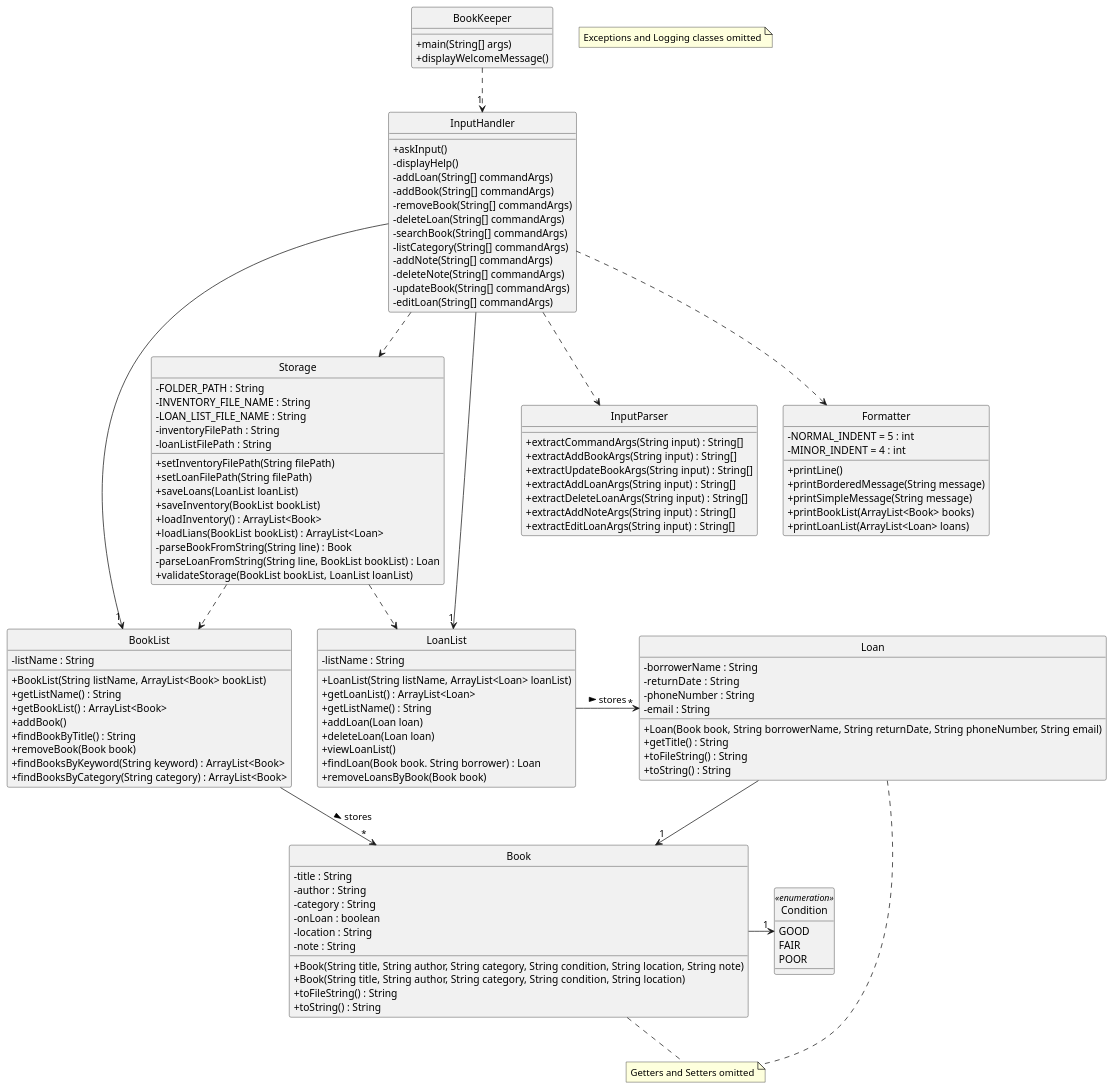
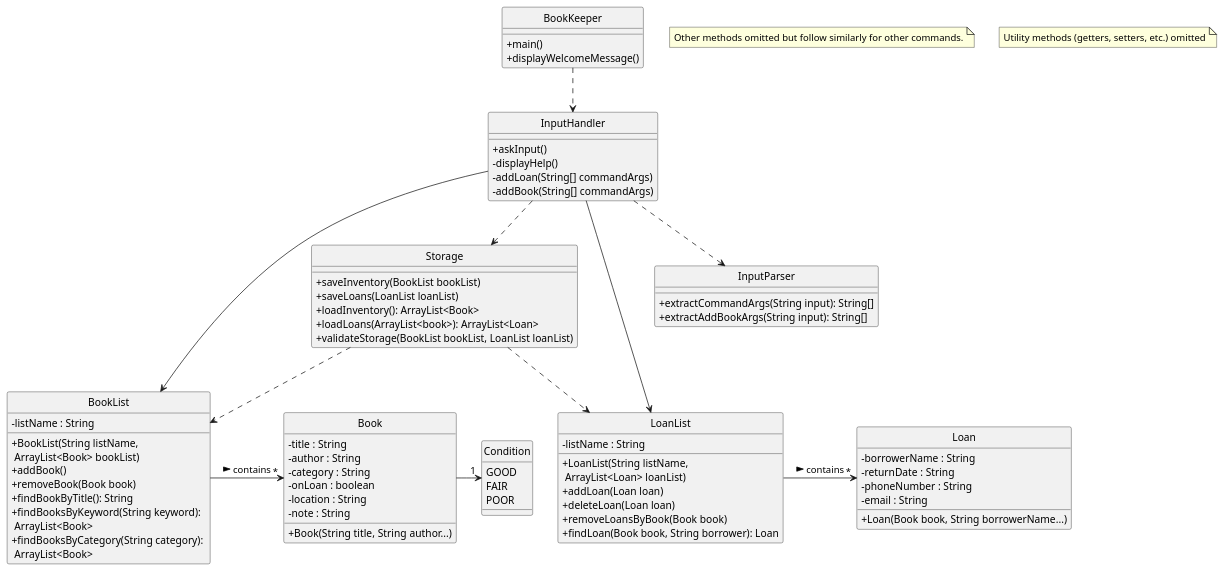
One commit to AY2425S2-CS2113-T12-2/tp changed the diagram in docs/diagrams/classDiagram.puml. Above: the diagram before and after it, drawn with PlantUML. The commit also changed 1 other file, not shown here.

Commit message:
fix feedback #138 the notes are weirdly positioned but I couldn't find a way to make it arranged nicer...

```diff
--- a/docs/diagrams/classDiagram.puml
+++ b/docs/diagrams/classDiagram.puml
@@ -1,126 +1,89 @@
 @startuml
 hide circle
 skinparam ClassAttributeIconSize 0
 show enum
 
 class BookList {
-    -listName : String
-    +BookList(String listName, ArrayList<Book> bookList)
-    +getListName() : String
-    +getBookList() : ArrayList<Book>
-    +addBook()
-    +findBookByTitle() : String
-    +removeBook(Book book)
-    +findBooksByKeyword(String keyword) : ArrayList<Book>
-    +findBooksByCategory(String category) : ArrayList<Book>
+    - listName : String
+    + BookList(String listName, \n ArrayList<Book> bookList)
+    + addBook()
+    + removeBook(Book book)
+    + findBookByTitle(): String
+    + findBooksByKeyword(String keyword): \n ArrayList<Book>
+    + findBooksByCategory(String category): \n ArrayList<Book>
 }
+
 class LoanList {
-    -listName : String
-    +LoanList(String listName, ArrayList<Loan> loanList)
-    +getLoanList() : ArrayList<Loan>
-    +getListName() : String
-    +addLoan(Loan loan)
-    +deleteLoan(Loan loan)
-    +viewLoanList()
-    +findLoan(Book book. String borrower) : Loan
-    +removeLoansByBook(Book book)
+    - listName : String
+    + LoanList(String listName, \n ArrayList<Loan> loanList)
+    + addLoan(Loan loan)
+    + deleteLoan(Loan loan)
+    + removeLoansByBook(Book book)
+    + findLoan(Book book, String borrower): Loan
+}
 
+class Book {
+    - title : String
+    - author : String
+    - category : String
+    - onLoan : boolean
+    - location : String
+    - note : String
+    + Book(String title, String author...)
 }
-class InputHandler {
-    +askInput() 
-    -displayHelp()
-    -addLoan(String[] commandArgs)
-    -addBook(String[] commandArgs)
-    -removeBook(String[] commandArgs)
-    -deleteLoan(String[] commandArgs)
-    -searchBook(String[] commandArgs)
-    -listCategory(String[] commandArgs)
-    -addNote(String[] commandArgs)
-    -deleteNote(String[] commandArgs)
-    -updateBook(String[] commandArgs)
-    -editLoan(String[] commandArgs)
+
+class Loan {
+    - borrowerName : String
+    - returnDate : String
+    - phoneNumber : String
+    - email : String
+    + Loan(Book book, String borrowerName...)
 }
-class InputParser {
-    +extractCommandArgs(String input) : String[]
-    +extractAddBookArgs(String input) : String[]
-    +extractUpdateBookArgs(String input) : String[]
-    +extractAddLoanArgs(String input) : String[]
-    +extractDeleteLoanArgs(String input) : String[]
-    +extractAddNoteArgs(String input) : String[]
-    +extractEditLoanArgs(String input) : String[]
-}
-class Book {
-    -title : String
-    -author : String
-    -category : String
-    -onLoan : boolean
-    -location : String
-    -note : String
-    +Book(String title, String author, String category, String condition, String location, String note)
-    +Book(String title, String author, String category, String condition, String location) 
-    +toFileString() : String
-    +toString() : String
-}
-class Loan {
-    -borrowerName : String
-    -returnDate :  String
-    -phoneNumber : String
-    -email : String
-    +Loan(Book book, String borrowerName, String returnDate, String phoneNumber, String email)
-    +getTitle() : String
-    +toFileString() : String
-    +toString() : String
-}
-note "Getters and Setters omitted" as N1
-Book .. N1
-Loan .. N1
 
-enum Condition <<enumeration>> {
-    GOOD 
+enum Condition {
+    GOOD
     FAIR
     POOR
 }
+
 class Storage {
-    -FOLDER_PATH : String
-    -INVENTORY_FILE_NAME : String
-    -LOAN_LIST_FILE_NAME : String
-    -inventoryFilePath : String
-    -loanListFilePath : String
-    +setInventoryFilePath(String filePath)
-    +setLoanFilePath(String filePath)
-    +saveLoans(LoanList loanList)
-    +saveInventory(BookList bookList)
-    +loadInventory() : ArrayList<Book>
-    +loadLians(BookList bookList) : ArrayList<Loan>
-    -parseBookFromString(String line) : Book
-    -parseLoanFromString(String line, BookList bookList) : Loan
-    +validateStorage(BookList bookList, LoanList loanList)
+    + saveInventory(BookList bookList)
+    + saveLoans(LoanList loanList)
+    + loadInventory(): ArrayList<Book>
+    + loadLoans(ArrayList<book>): ArrayList<Loan>
+    + validateStorage(BookList bookList, LoanList loanList)
 }
+
+class InputHandler {
+    + askInput()
+    - displayHelp()
+    - addLoan(String[] commandArgs)
+    - addBook(String[] commandArgs)
+}
+
+class InputParser {
+    + extractCommandArgs(String input): String[]
+    + extractAddBookArgs(String input): String[]
+}
+note "Other methods omitted but follow similarly for other commands." as N0
+
 class BookKeeper {
-    +main(String[] args)
-    +displayWelcomeMessage()
+    + main()
+    + displayWelcomeMessage()
 }
-class Formatter {
-    -NORMAL_INDENT = 5 : int
-    -MINOR_INDENT = 4 : int
-    +printLine()
-    +printBorderedMessage(String message)
-    +printSimpleMessage(String message)
-    +printBookList(ArrayList<Book> books)
-    +printLoanList(ArrayList<Loan> loans)
-}
-BookList -> "*" Book  : stores >
-LoanList -> "*" Loan : stores >
-InputHandler --> "1" BookList 
-InputHandler --> "1" LoanList
+
+note "Utility methods (getters, setters, etc.) omitted" as N1
+
+BookList -> "*" Book : contains >
+LoanList -> "*" Loan : contains >
+InputHandler --> BookList
+InputHandler --> LoanList
 InputHandler ..> Storage
 InputHandler ..> InputParser
-InputHandler ..> Formatter
-BookKeeper ..> "1" InputHandler
+BookKeeper ..> InputHandler
 Book -> "1" Condition
-Loan --> "1" Book
 Storage ..> BookList
 Storage ..> LoanList
-note "Exceptions and Logging classes omitted" as N2
+
 
 @enduml
```
